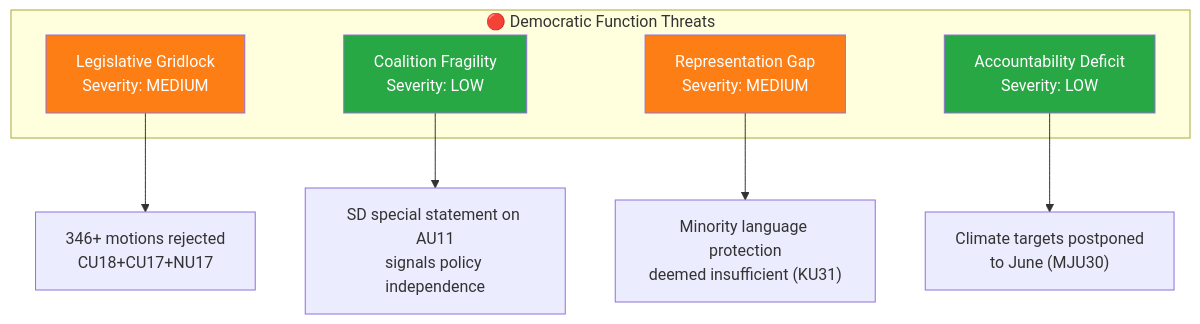
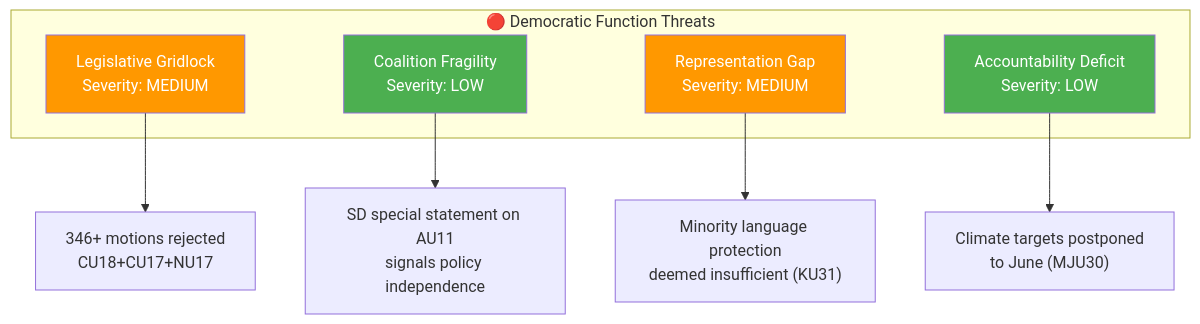
The diagram in analysis/daily/2026-04-09/committeeReports/threat-analysis.md (Hack23/riksdagsmonitor), drawn with Mermaid before and after one commit. The commit also changed 785 other files, not shown here.

First line of the commit message:
Normalize mermaid colors across 786 analysis artifacts to ISMS Style Guide palette

````diff
--- a/analysis/daily/2026-04-09/committeeReports/threat-analysis.md
+++ b/analysis/daily/2026-04-09/committeeReports/threat-analysis.md
@@ -10,19 +10,19 @@
 ```mermaid
 graph TD
     subgraph "🔴 Democratic Function Threats"
         T1["Legislative Gridlock<br/>Severity: MEDIUM"]
         T2["Coalition Fragility<br/>Severity: LOW"]
         T3["Representation Gap<br/>Severity: MEDIUM"]
         T4["Accountability Deficit<br/>Severity: LOW"]
     end
     
     T1 --> E1["346+ motions rejected<br/>CU18+CU17+NU17"]
     T2 --> E2["SD special statement on AU11<br/>signals policy independence"]
     T3 --> E3["Minority language protection<br/>deemed insufficient (KU31)"]
     T4 --> E4["Climate targets postponed<br/>to June (MJU30)"]
     
-    style T1 fill:#fd7e14,color:#fff
-    style T2 fill:#28a745,color:#fff
-    style T3 fill:#fd7e14,color:#fff
-    style T4 fill:#28a745,color:#fff
+    style T1 fill:#FF9800,color:#FFFFFF
+    style T2 fill:#4CAF50,color:#FFFFFF
+    style T3 fill:#FF9800,color:#FFFFFF
+    style T4 fill:#4CAF50,color:#FFFFFF
 ```
````
